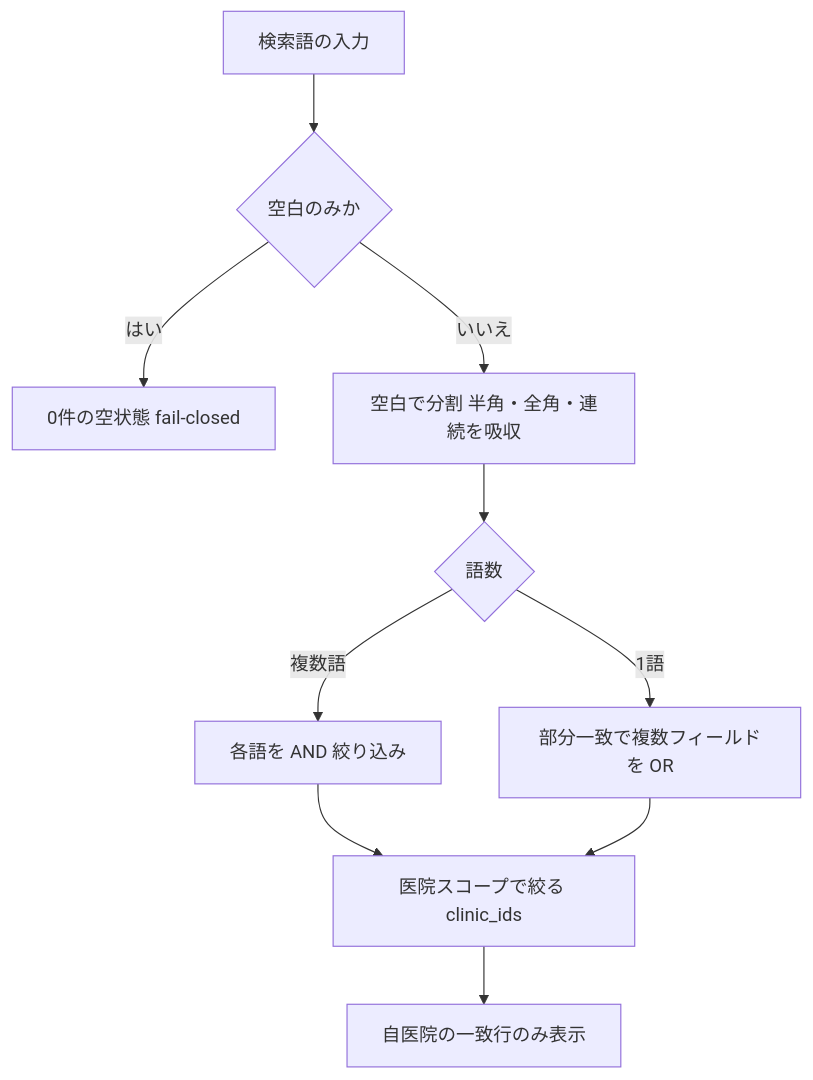
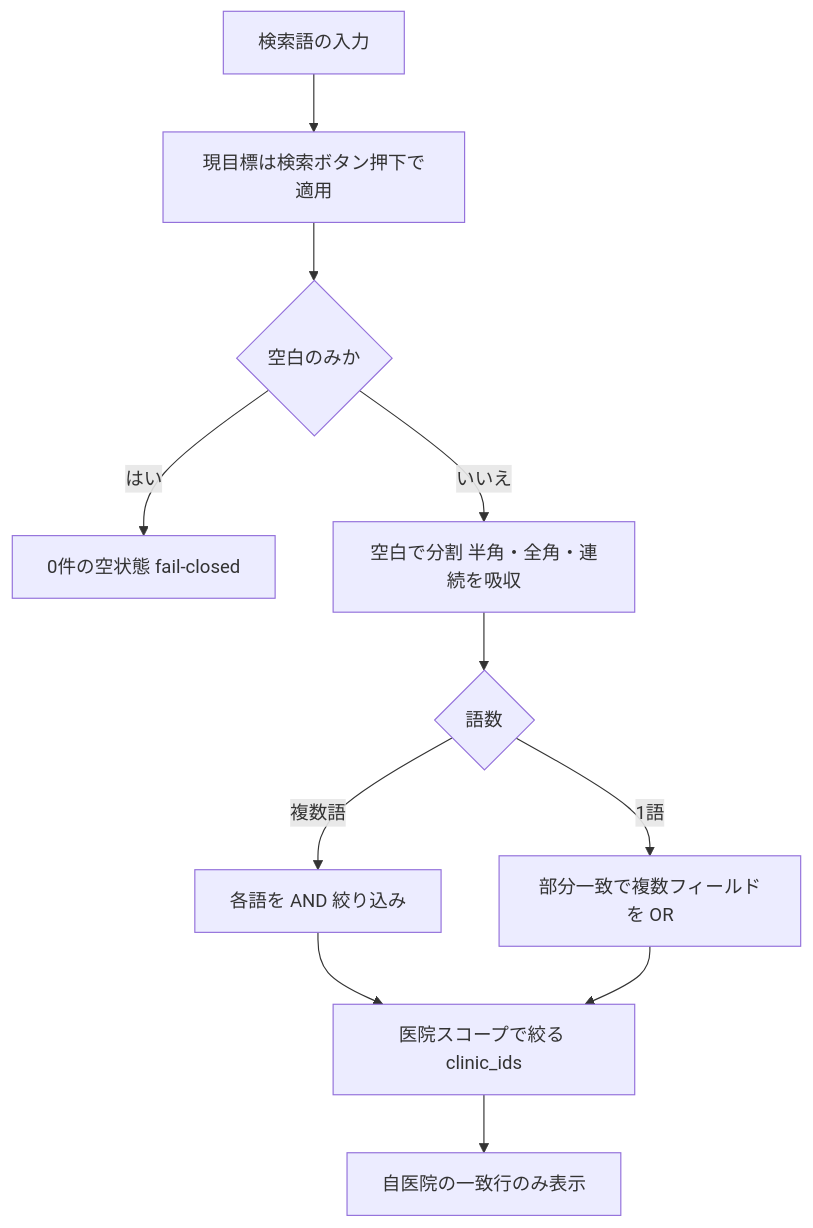
The diagram in docs/ops/testing/scenarios/S14-search-and-multi-word.md (MinoruSoga/AnimalEkarte), drawn with Mermaid before and after one commit. The commit also changed other lines of this file and 93 other files, not shown here.

````diff
--- a/docs/ops/testing/scenarios/S14-search-and-multi-word.md
+++ b/docs/ops/testing/scenarios/S14-search-and-multi-word.md
@@ -43,12 +43,13 @@
 ```mermaid
 flowchart TB
-  Q[検索語の入力] --> B{空白のみか}
+  Q[検索語の入力] --> E[現目標は検索ボタン押下で適用]
+  E --> B{空白のみか}
   B -->|はい| Z[0件の空状態 fail-closed]
   B -->|いいえ| S[空白で分割 半角・全角・連続を吸収]
   S --> N{語数}
   N -->|複数語| AND[各語を AND 絞り込み]
   N -->|1語| OR[部分一致で複数フィールドを OR]
   AND --> C[医院スコープで絞る clinic_ids]
   OR --> C
   C --> R[自医院の一致行のみ表示]
 ```
````
